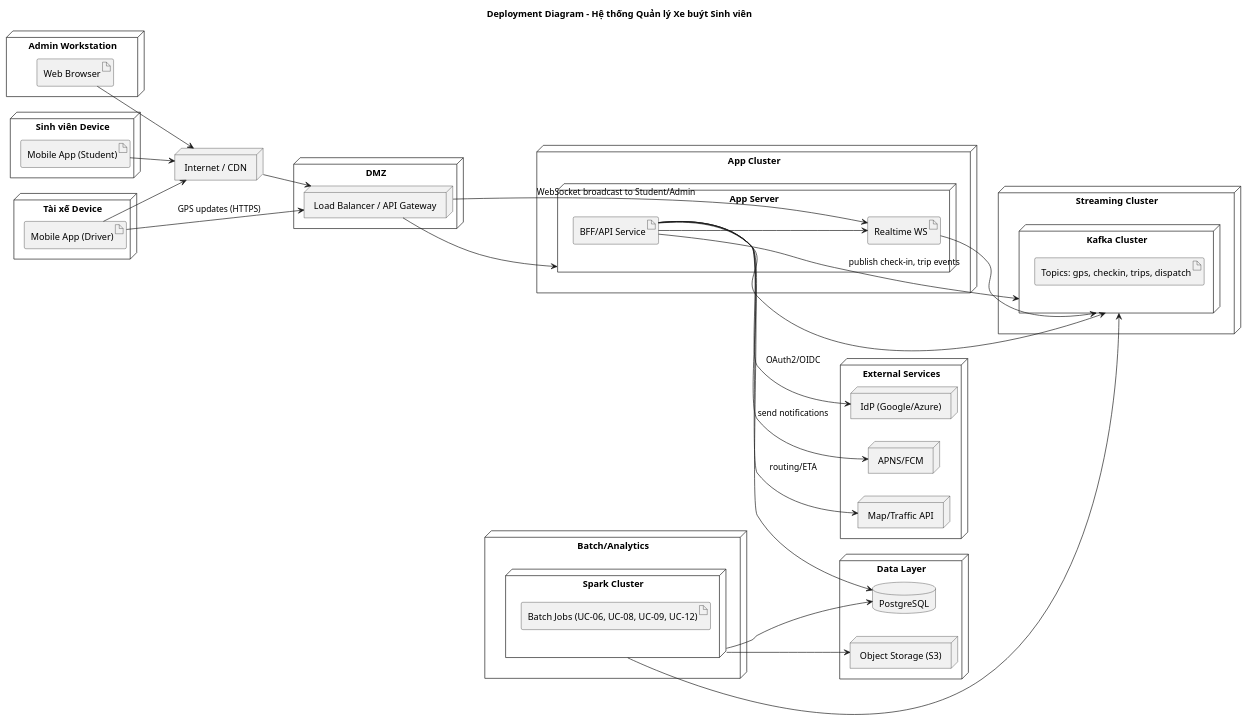
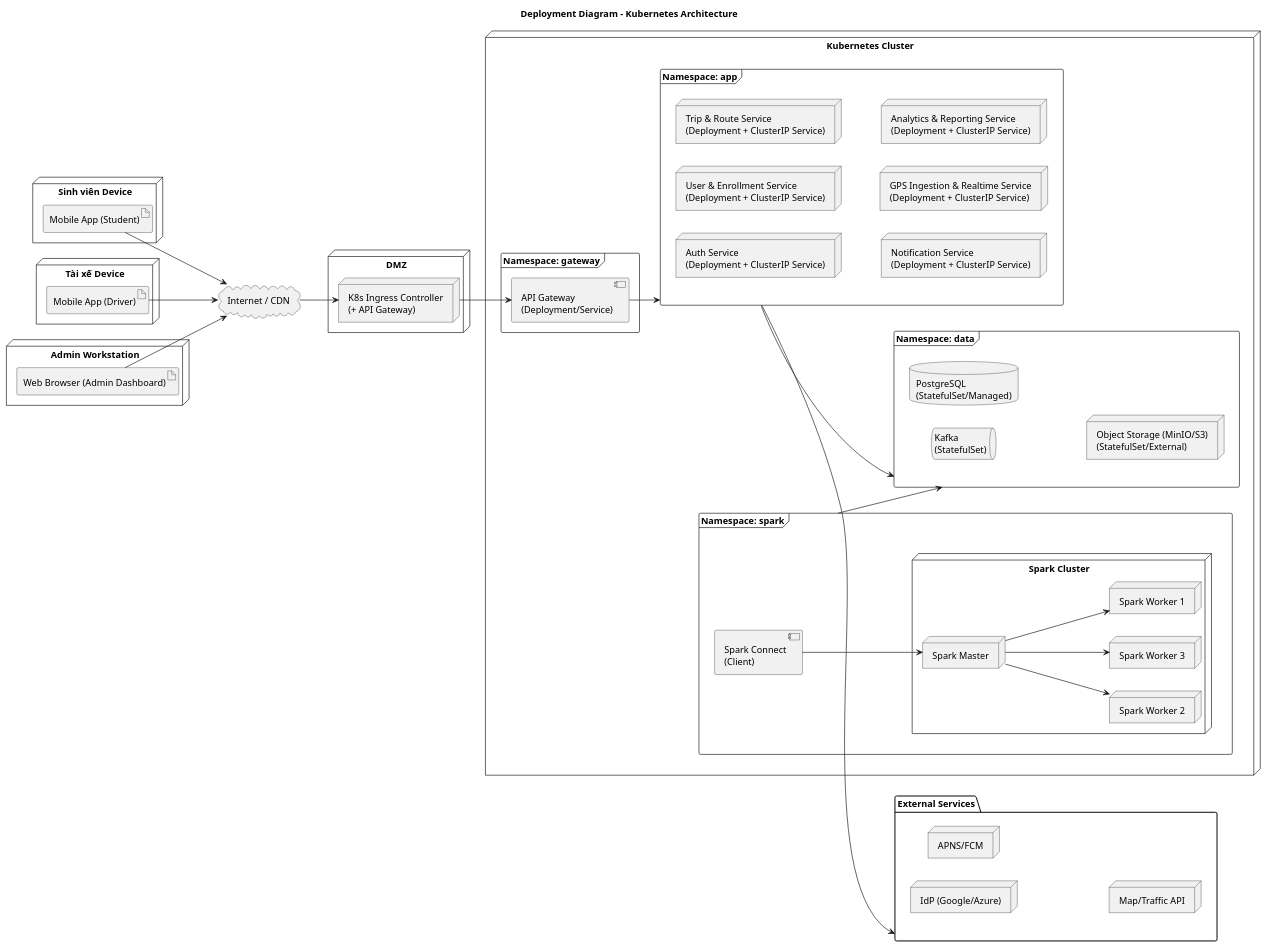
One commit to phuongbv00/hust-bus-stop changed the diagram in docs/uml/deployment.puml. Above: the diagram before and after it, drawn with PlantUML. The commit also changed 26 other files, not shown here.

Commit message:
docs: update diagrams

```diff
--- a/docs/uml/deployment.puml
+++ b/docs/uml/deployment.puml
@@ -1,80 +1,86 @@
 @startuml
-title Deployment Diagram - Hệ thống Quản lý Xe buýt Sinh viên
-skinparam nodeStyle rectangle
+'title updated to reflect K8s-based deployment aligned with component architecture
+Title Deployment Diagram - Kubernetes Architecture
+
 left to right direction
 
+' Client devices
 node "Sinh viên Device" {
   artifact "Mobile App (Student)" as AppStudent
 }
-
 node "Tài xế Device" {
   artifact "Mobile App (Driver)" as AppDriver
 }
-
 node "Admin Workstation" {
-  artifact "Web Browser" as Browser
+  artifact "Web Browser (Admin Dashboard)" as Browser
 }
 
-node "Internet / CDN" as CDN
+cloud "Internet / CDN" as CDN
 
 node "DMZ" {
-  node "Load Balancer / API Gateway" as LB
+  node "K8s Ingress Controller\n(+ API Gateway)" as Ingress
 }
 
-node "App Cluster" {
-  node "App Server" as AppSrv {
-    artifact "BFF/API Service" as API
-    artifact "Realtime WS" as WS
+node "Kubernetes Cluster" as K8s {
+  frame "Namespace: gateway" as ns_gw {
+    component "API Gateway\n(Deployment/Service)" as APIGW
   }
+
+  frame "Namespace: app" as ns_app {
+    node "Auth Service\n(Deployment + ClusterIP Service)" as Auth
+    node "User & Enrollment Service\n(Deployment + ClusterIP Service)" as UserSvc
+    node "Trip & Route Service\n(Deployment + ClusterIP Service)" as TripSvc
+    node "Notification Service\n(Deployment + ClusterIP Service)" as NotifSvc
+    node "GPS Ingestion & Realtime Service\n(Deployment + ClusterIP Service)" as GPSSvc
+    node "Analytics & Reporting Service\n(Deployment + ClusterIP Service)" as AnalyticsSvc
+  }
+
+  frame "Namespace: data" as ns_data {
+    queue "Kafka\n(StatefulSet)" as Kafka
+    database "PostgreSQL\n(StatefulSet/Managed)" as DB
+    node "Object Storage (MinIO/S3)\n(StatefulSet/External)" as S3
+  }
+
+  frame "Namespace: spark" as ns_spark {
+    node "Spark Cluster" as SparkCluster {
+      node "Spark Master" as SparkMaster
+      node "Spark Worker 1" as SparkW1
+      node "Spark Worker 2" as SparkW2
+      node "Spark Worker 3" as SparkW3
+    }
+    component "Spark Connect\n(Client)" as SparkConnect
+  }
+
+  ' Spark internal wiring
+  SparkConnect --> SparkMaster
+  SparkMaster --> SparkW1
+  SparkMaster --> SparkW2
+  SparkMaster --> SparkW3
 }
 
-node "Streaming Cluster" {
-  node "Kafka Cluster" as Kafka {
-    artifact "Topics: gps, checkin, trips, dispatch" as Topics
-  }
-}
-
-node "Batch/Analytics" {
-  node "Spark Cluster" as Spark {
-    artifact "Batch Jobs (UC-06, UC-08, UC-09, UC-12)" as BatchJobs
-  }
-}
-
-node "Data Layer" {
-  database "PostgreSQL" as DB
-  node "Object Storage (S3)" as S3
-}
-
-node "External Services" {
+package "External Services" {
   node "IdP (Google/Azure)" as IdP
   node "APNS/FCM" as Push
   node "Map/Traffic API" as MapAPI
 }
 
-' Client connections
+' Client connections via CDN -> Ingress -> Gateway
 AppStudent --> CDN
 AppDriver --> CDN
 Browser --> CDN
-CDN --> LB
-LB --> AppSrv
+CDN --> Ingress
+Ingress --> APIGW
 
-' Intra service
-API --> DB
-API --> WS
-WS --> Kafka
-API --> Kafka
-Spark --> Kafka
-Spark --> S3
-Spark --> DB
+' Gateway routes to internal microservices (simplified via namespace)
+APIGW --> ns_app
 
-' External integrations
-API --> IdP : OAuth2/OIDC
-API --> Push : send notifications
-API --> MapAPI : routing/ETA
+' Service-to-data interactions (simplified via namespace)
+ns_app --> ns_data
+ns_spark --> ns_data
 
-' Flows of interest
-AppDriver --> LB : GPS updates (HTTPS)
-LB --> WS : WebSocket broadcast to Student/Admin
-API --> Kafka : publish check-in, trip events
+' External integrations (simplified via namespace)
+ns_app --> "External Services"
+
+
 
 @enduml
```
